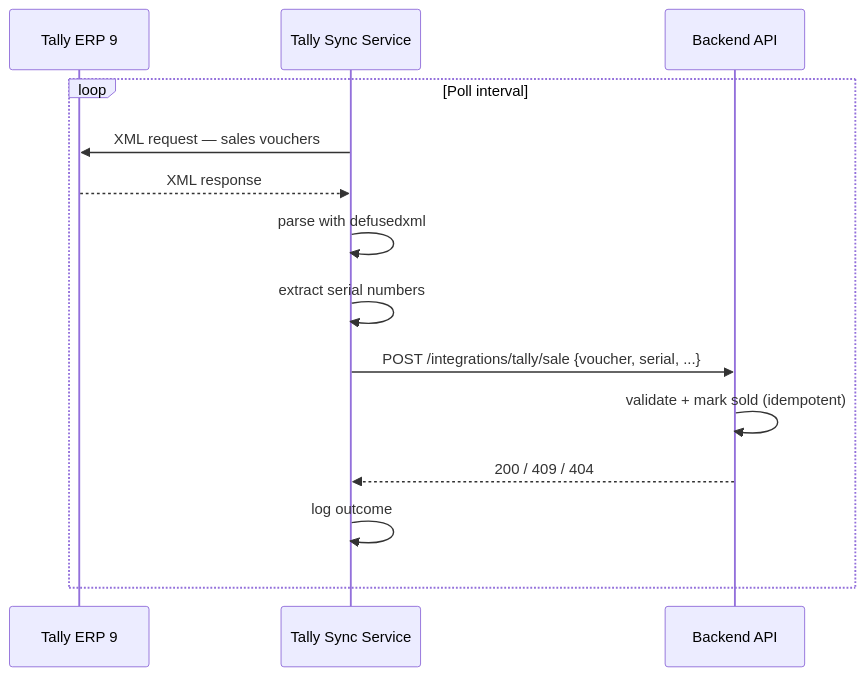
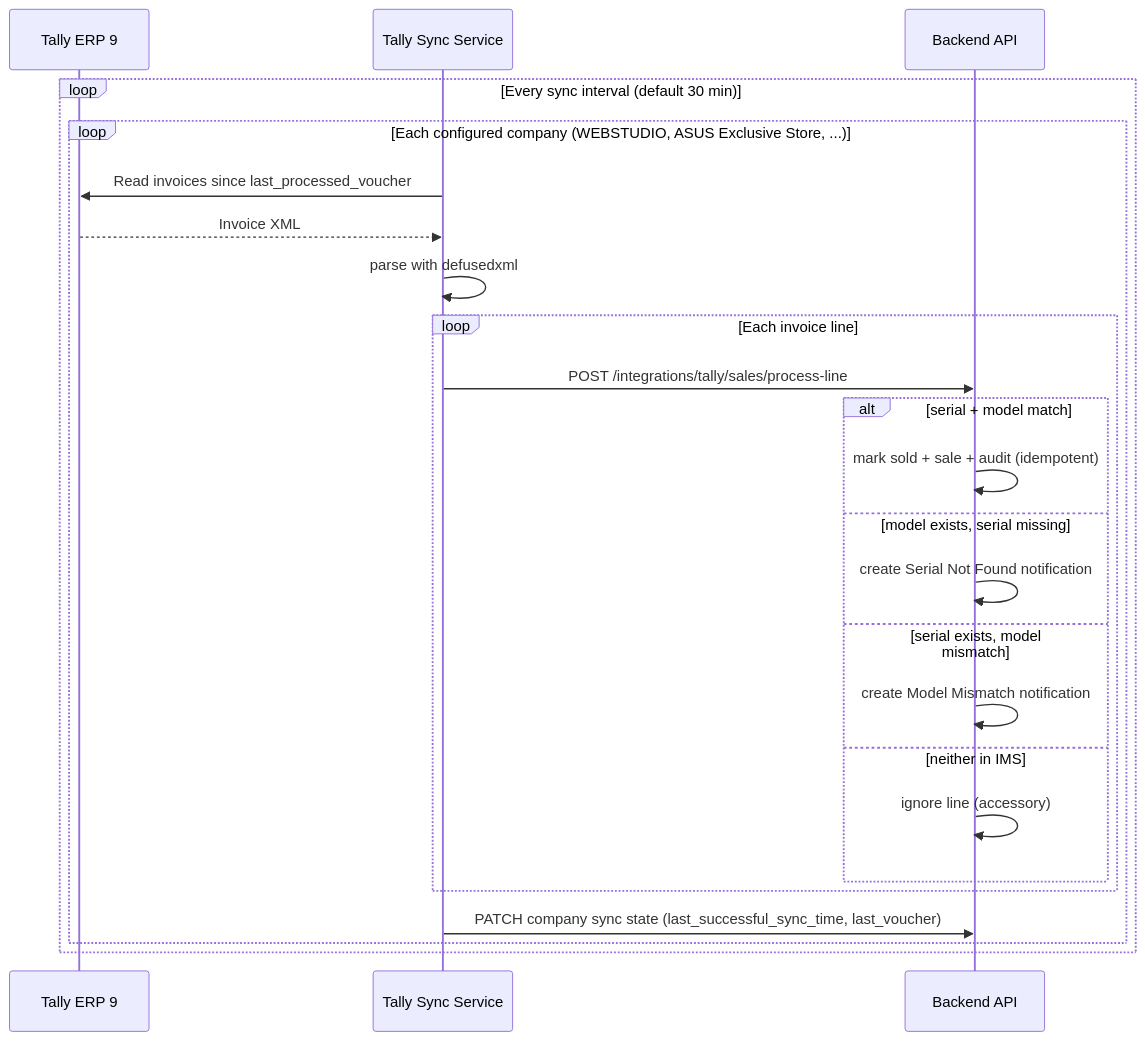
Before and after one commit to gptsmarth/Webstudio-IMS: diagram 17 of 21 in docs/SYSTEM_ARCHITECTURE.md, drawn with Mermaid. The commit also changed other lines of this file and 44 other files, not shown here.

First line of the commit message:
feat(audit): implement Sprint 1E audit log system

````diff
--- a/docs/SYSTEM_ARCHITECTURE.md
+++ b/docs/SYSTEM_ARCHITECTURE.md
@@ -1404,17 +1442,27 @@
 ```mermaid
 sequenceDiagram
     participant T as Tally ERP 9
     participant S as Tally Sync Service
     participant A as Backend API
 
-    loop Poll interval
-        S->>T: XML request — sales vouchers
-        T-->>S: XML response
-        S->>S: parse with defusedxml
-        S->>S: extract serial numbers
-        S->>A: POST /integrations/tally/sale {voucher, serial, ...}
-        A->>A: validate + mark sold (idempotent)
-        A-->>S: 200 / 409 / 404
-        S->>S: log outcome
+    loop Every sync interval (default 30 min)
+        loop Each configured company (WEBSTUDIO, ASUS Exclusive Store, ...)
+            S->>T: Read invoices since last_processed_voucher
+            T-->>S: Invoice XML
+            S->>S: parse with defusedxml
+            loop Each invoice line
+                S->>A: POST /integrations/tally/sales/process-line
+                alt serial + model match
+                    A->>A: mark sold + sale + audit (idempotent)
+                else model exists, serial missing
+                    A->>A: create Serial Not Found notification
+                else serial exists, model mismatch
+                    A->>A: create Model Mismatch notification
+                else neither in IMS
+                    A->>A: ignore line (accessory)
+                end
+            end
+            S->>A: PATCH company sync state (last_successful_sync_time, last_voucher)
+        end
     end
 ```
````
